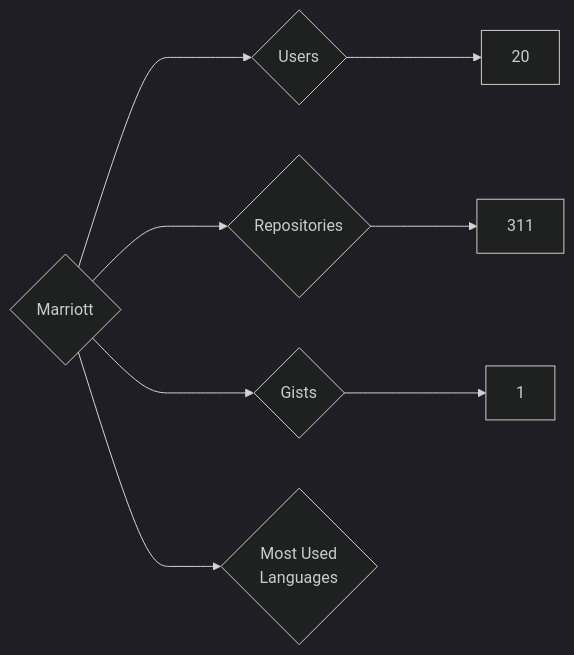
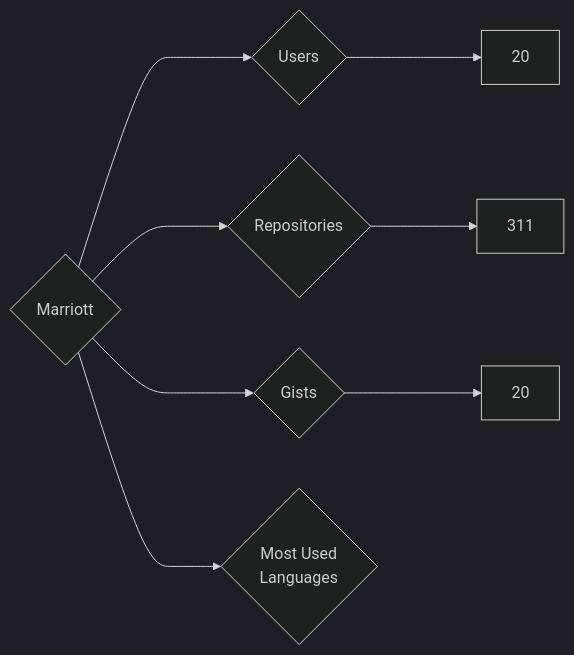
One commit to nenadzaric/insiders changed the diagram in targets/Marriott/README.md. Above: the diagram before and after it, drawn with Mermaid (dark theme). The commit also changed 1342 other files, not shown here.

````diff
--- a/targets/Marriott/README.md
+++ b/targets/Marriott/README.md
@@ -3,8 +3,8 @@
 ```mermaid
 graph LR
 COMPANY_NAME{Marriott}
 COMPANY_NAME ---> U{Users} ---> UN[20]
 COMPANY_NAME ---> R{Repositories} ---> RN[311]
-COMPANY_NAME ---> G{Gists} ---> GN[1]
+COMPANY_NAME ---> G{Gists} ---> GN[20]
 COMPANY_NAME ---> ML{Most Used<br>Languages}
 ```
````
